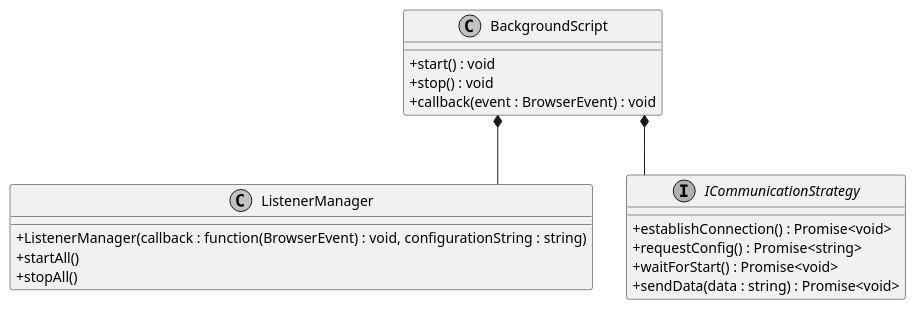
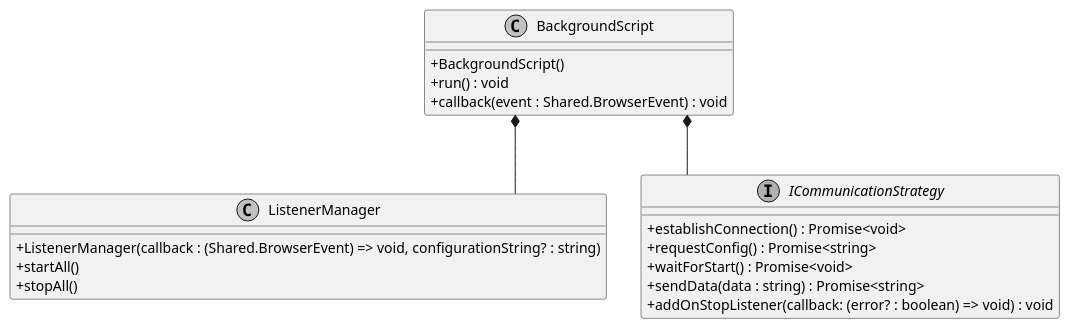
One commit to insightmind/MORR changed the diagram in documents/sd/plantuml/application/BrowserExtension/BackGround/BackGroundScript.puml. Above: the diagram before and after it, drawn with PlantUML. The commit also changed 21 other files, not shown here.

```diff
--- a/documents/sd/plantuml/application/BrowserExtension/BackGround/BackGroundScript.puml
+++ b/documents/sd/plantuml/application/BrowserExtension/BackGround/BackGroundScript.puml
@@ -1,27 +1,29 @@
 @startuml
 skinparam linetype ortho
 skinparam monochrome true
 skinparam classAttributeIconSize 0
 'scale max 500*1000
 'left to right direction
 class BackgroundScript {
-    + start() : void
-    + stop() : void
-    + callback(event : BrowserEvent) : void
+    + BackgroundScript()
+    + run() : void
+    + callback(event : Shared.BrowserEvent) : void
 }
 
 class ListenerManager {
-    + ListenerManager(callback : function(BrowserEvent) : void, configurationString : string)
+    + ListenerManager(callback : (Shared.BrowserEvent) => void, configurationString? : string)
     + startAll()
     + stopAll()
 }
+
 interface ICommunicationStrategy {
     + establishConnection() : Promise<void>
     + requestConfig() : Promise<string>
     + waitForStart() : Promise<void>
-    + sendData(data : string) : Promise<void>
+    + sendData(data : string) : Promise<string>
+    + addOnStopListener(callback: (error? : boolean) => void) : void
 }
 
 BackgroundScript *-- ListenerManager
 BackgroundScript *-- ICommunicationStrategy
 @enduml
```
